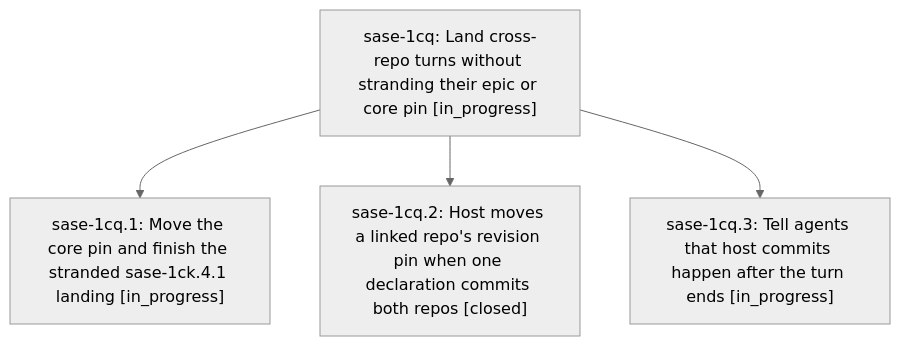
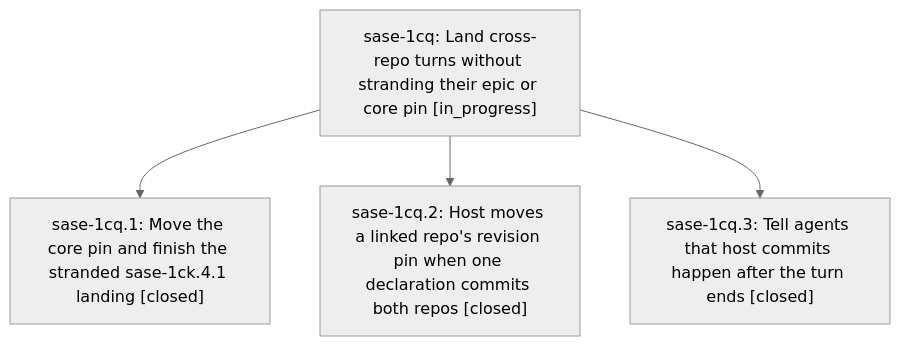
One commit to sase-org/sase--beads changed the diagram in pages/sase-1cq/README.md. Above: the diagram before and after it, drawn with Mermaid (neutral theme). The commit also changed other lines of this file and 2 other files, not shown here.

First line of the commit message:
chore(beads): sync bead state and pages for sase-1cq

````diff
--- a/pages/sase-1cq/README.md
+++ b/pages/sase-1cq/README.md
@@ -24,10 +24,10 @@
 ```mermaid
 flowchart TD
     n0["sase-1cq: Land cross-repo turns without stranding their epic or core pin [in_progress]"]
-    n1["sase-1cq.1: Move the core pin and finish the stranded sase-1ck.4.1 landing [in_progress]"]
+    n1["sase-1cq.1: Move the core pin and finish the stranded sase-1ck.4.1 landing [closed]"]
     n2["sase-1cq.2: Host moves a linked repo's revision pin when one declaration commits both repos [closed]"]
-    n3["sase-1cq.3: Tell agents that host commits happen after the turn ends [in_progress]"]
+    n3["sase-1cq.3: Tell agents that host commits happen after the turn ends [closed]"]
     n0 --> n1
     n0 --> n2
     n0 --> n3
 ```
````
